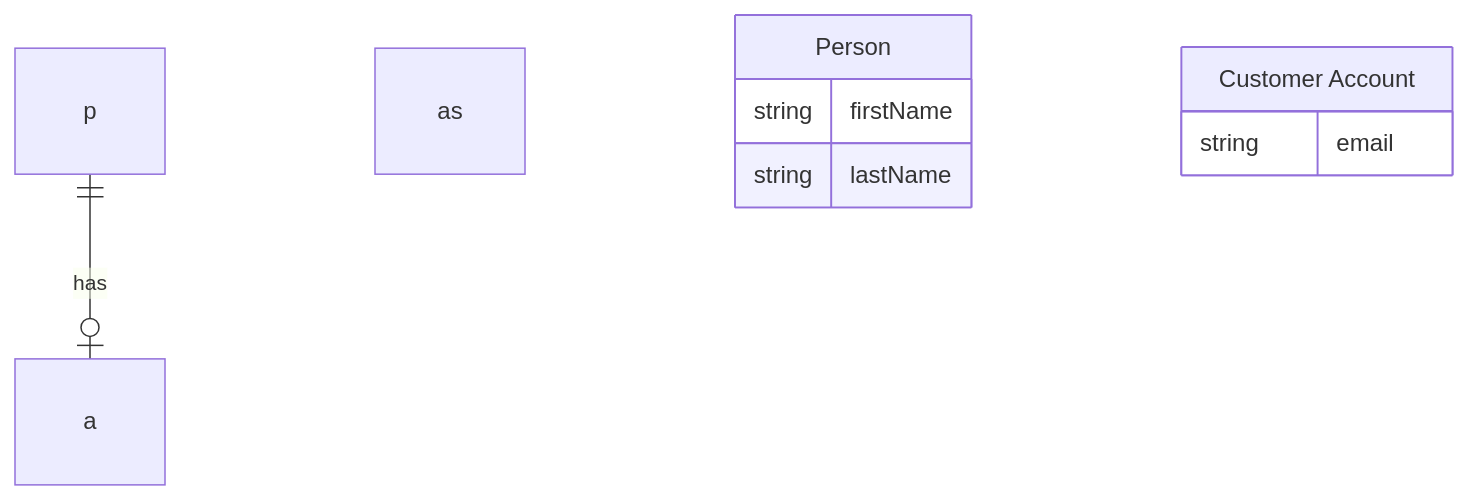
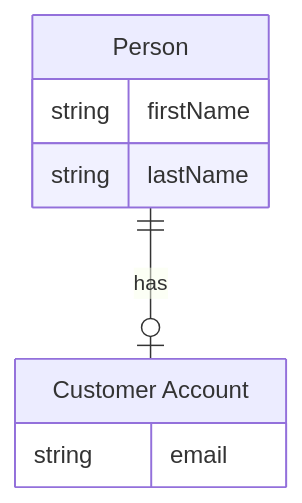
One commit to mermaid-js/mermaid changed the fifth of 6 diagrams in docs/syntax/entityRelationshipDiagram.md. Above: the diagram before and after it, drawn with Mermaid. The commit also changed other lines of this file and 4 other files, not shown here.

Commit message:
feat(er): use square brackets to add aliases

````diff
--- a/docs/syntax/entityRelationshipDiagram.md
+++ b/docs/syntax/entityRelationshipDiagram.md
@@ -217,11 +217,11 @@
 ```mermaid
 erDiagram
-    p as Person {
+    p[Person] {
         string firstName
         string lastName
     }
-    a as "Customer Account" {
+    a["Customer Account"] {
         string email
     }
     p ||--o| a : has
 ```
````
